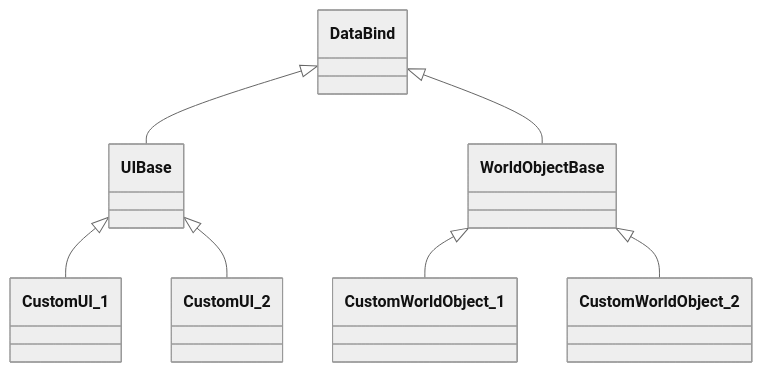
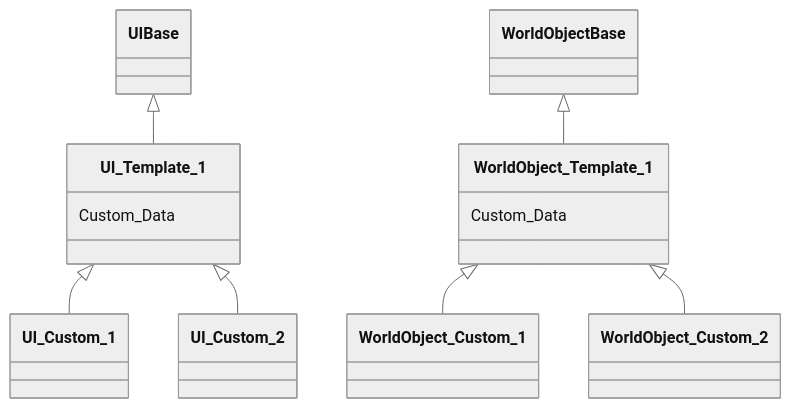
One commit to luuuuyang/GameFramework changed the diagram in README.md. Above: the diagram before and after it, drawn with Mermaid (neutral theme).

````diff
--- a/README.md
+++ b/README.md
@@ -22,9 +22,15 @@
 ```mermaid
 classDiagram
-      DataBind <|-- UIBase
-      DataBind <|-- WorldObjectBase
-      UIBase <|-- CustomUI_1
-      UIBase <|-- CustomUI_2
-      WorldObjectBase <|-- CustomWorldObject_1
-      WorldObjectBase <|-- CustomWorldObject_2
+	UIBase <|-- UI_Template_1
+	UI_Template_1 <|-- UI_Custom_1
+	UI_Template_1 <|-- UI_Custom_2
+	WorldObjectBase <|-- WorldObject_Template_1
+	WorldObject_Template_1 <|-- WorldObject_Custom_1
+	WorldObject_Template_1 <|-- WorldObject_Custom_2
+	class UI_Template_1 {
+	Custom_Data
+	}
+	class WorldObject_Template_1 {
+		Custom_Data
+	}
 ```
````
